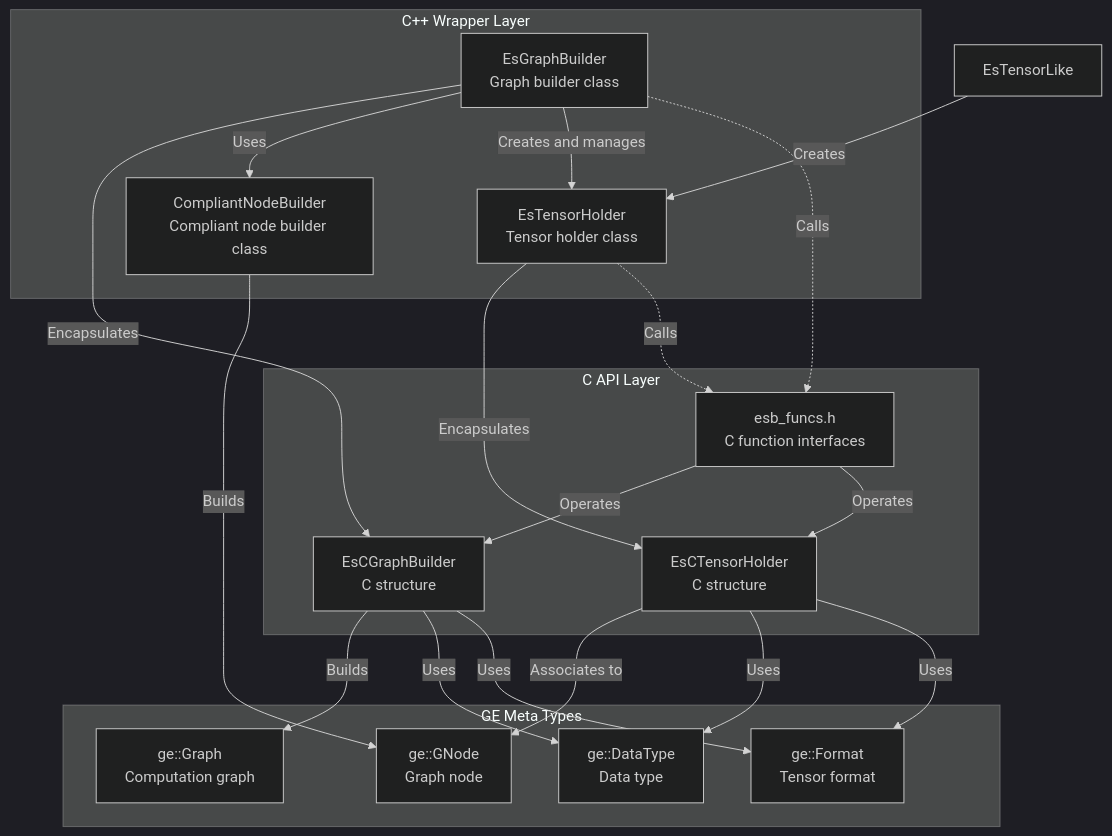
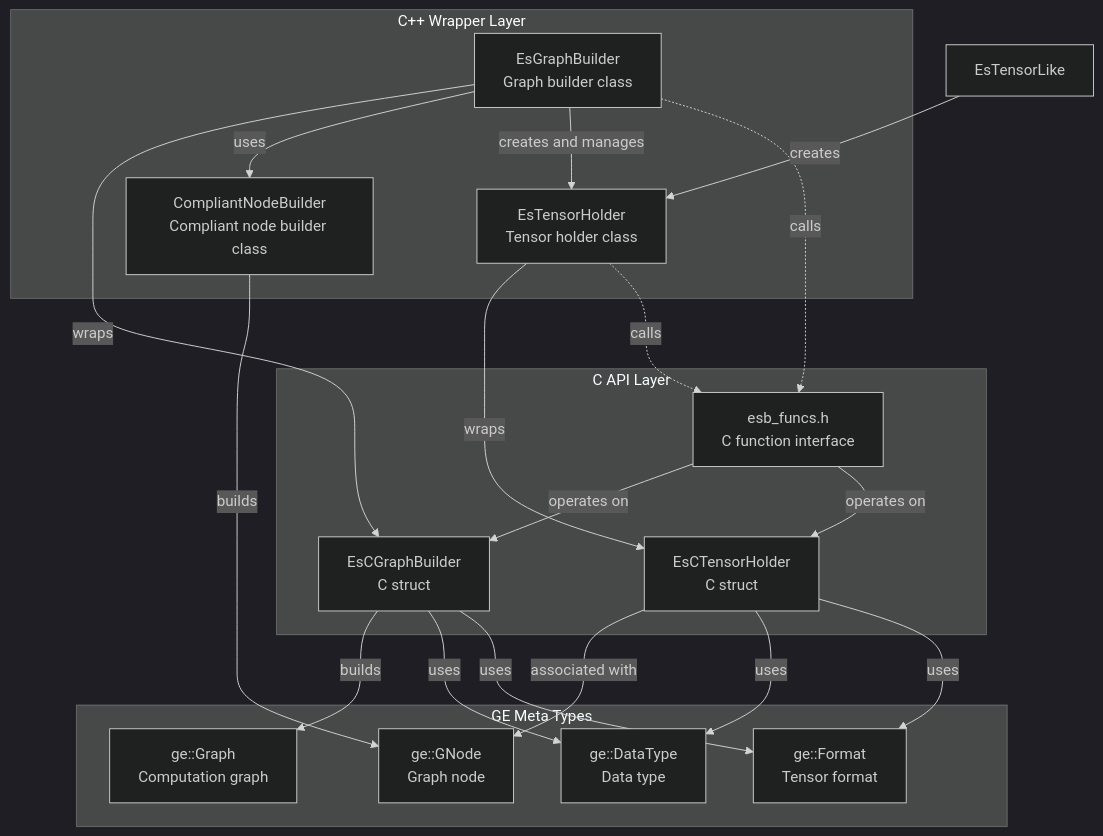
One commit to hicann/ge changed the diagram in docs/en/user_guides/es_graph/api/es_cpp.md. Above: the diagram before and after it, drawn with Mermaid (dark theme). The commit also changed other lines of this file and 34 other files, not shown here.

````diff
--- a/docs/en/user_guides/es_graph/api/es_cpp.md
+++ b/docs/en/user_guides/es_graph/api/es_cpp.md
@@ -23,41 +23,41 @@
 ```mermaid
 graph TB
     subgraph "C API Layer"
-        EsCGraphBuilder[EsCGraphBuilder<br/>C structure]
-        EsCTensorHolder[EsCTensorHolder<br/>C structure]
-        EsbFuncs[esb_funcs.h<br/>C function interfaces]
+        EsCGraphBuilder[EsCGraphBuilder<br/>C struct]
+        EsCTensorHolder[EsCTensorHolder<br/>C struct]
+        EsbFuncs[esb_funcs.h<br/>C function interface]
     end
 
     subgraph "C++ Wrapper Layer"
         EsGraphBuilder[EsGraphBuilder<br/>Graph builder class]
         EsTensorHolder[EsTensorHolder<br/>Tensor holder class]
         CompliantNodeBuilder[CompliantNodeBuilder<br/>Compliant node builder class]
     end
 
     subgraph "GE Meta Types"
         Graph[ge::Graph<br/>Computation graph]
         GNode[ge::GNode<br/>Graph node]
         DataType[ge::DataType<br/>Data type]
         Format[ge::Format<br/>Tensor format]
     end
 
-    %% Dependencies
-    EsGraphBuilder -->|"Encapsulates"| EsCGraphBuilder
-    EsGraphBuilder -->|"Uses"| CompliantNodeBuilder
-    CompliantNodeBuilder -->|"Builds"| GNode
-    EsTensorHolder -->|"Encapsulates"| EsCTensorHolder
-    EsTensorLike -->|"Creates"| EsTensorHolder
-    EsGraphBuilder -->|"Creates and manages"| EsTensorHolder
-    EsCTensorHolder -->|"Associates to"| GNode
-    EsCTensorHolder -->|"Uses"| DataType
-    EsCTensorHolder -->|"Uses"| Format
-    EsCGraphBuilder -->|"Builds"| Graph
-    EsCGraphBuilder -->|"Uses"| DataType
-    EsCGraphBuilder -->|"Uses"| Format
+    %% Dependency relationships
+    EsGraphBuilder -->|"wraps"| EsCGraphBuilder
+    EsGraphBuilder -->|"uses"| CompliantNodeBuilder
+    CompliantNodeBuilder -->|"builds"| GNode
+    EsTensorHolder -->|"wraps"| EsCTensorHolder
+    EsTensorLike -->|"creates"| EsTensorHolder
+    EsGraphBuilder -->|"creates and manages"| EsTensorHolder
+    EsCTensorHolder -->|"associated with"| GNode
+    EsCTensorHolder -->|"uses"| DataType
+    EsCTensorHolder -->|"uses"| Format
+    EsCGraphBuilder -->|"builds"| Graph
+    EsCGraphBuilder -->|"uses"| DataType
+    EsCGraphBuilder -->|"uses"| Format
 
     %% C API call relationships
-    EsGraphBuilder -.->|"Calls"| EsbFuncs
-    EsTensorHolder -.->|"Calls"| EsbFuncs
-    EsbFuncs -->|"Operates"| EsCGraphBuilder
-    EsbFuncs -->|"Operates"| EsCTensorHolder
+    EsGraphBuilder -.->|"calls"| EsbFuncs
+    EsTensorHolder -.->|"calls"| EsbFuncs
+    EsbFuncs -->|"operates on"| EsCGraphBuilder
+    EsbFuncs -->|"operates on"| EsCTensorHolder
 ```
````
